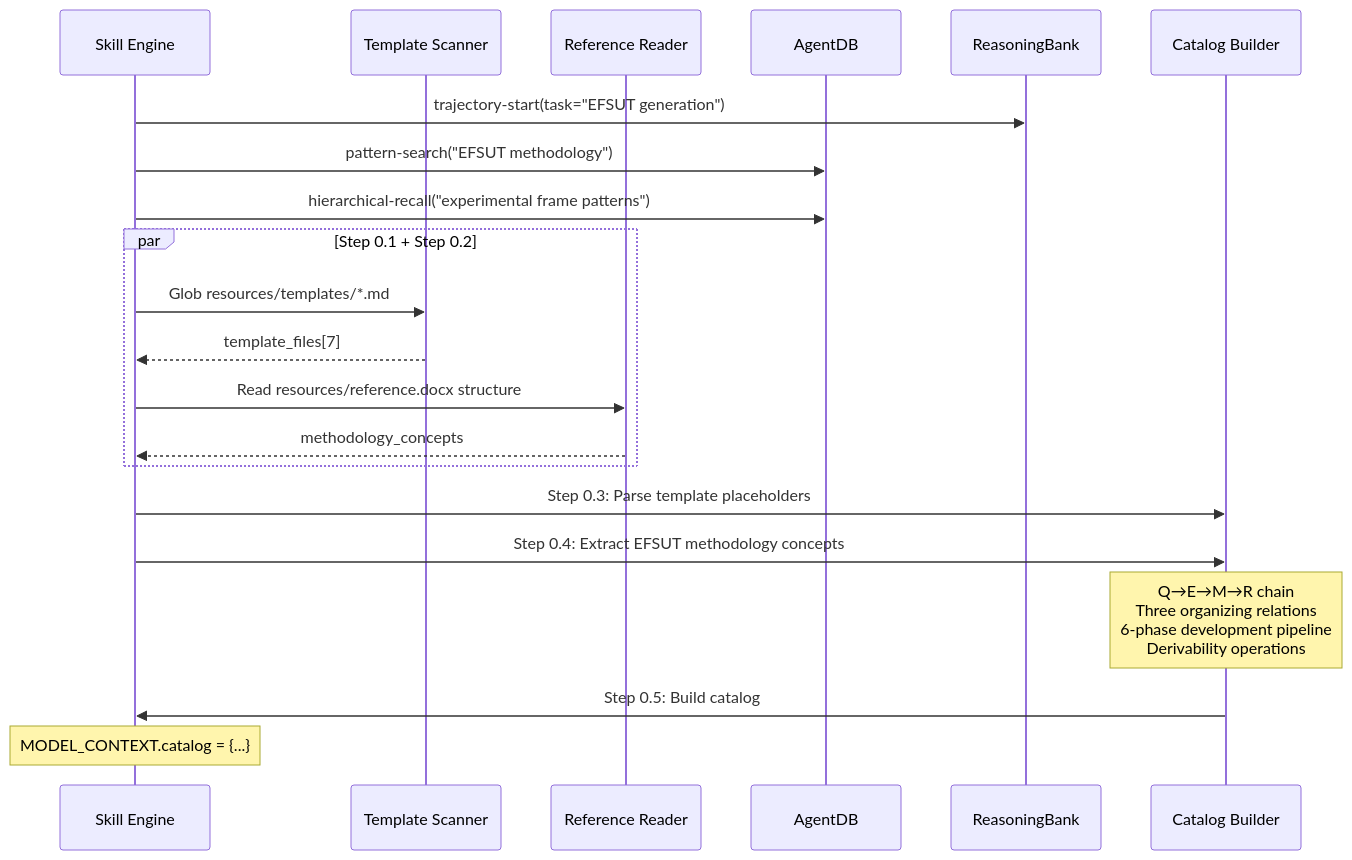
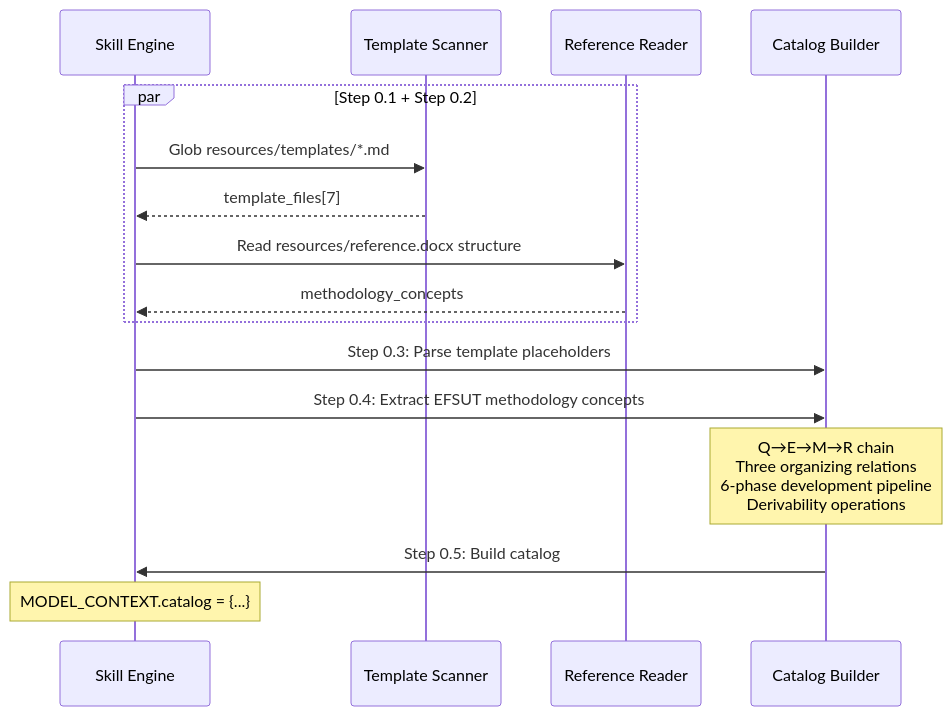
The third of 8 diagrams in skills/generate-ef-sut/SKILL.md (ckoertje-rtsync/devs-skills-claude), drawn with Mermaid before and after one commit. The commit also changed other lines of this file, not shown here.

First line of the commit message:
generate-ef-sut: drop AgentDB and ReasoningBank hooks

````diff
--- a/skills/generate-ef-sut/SKILL.md
+++ b/skills/generate-ef-sut/SKILL.md
@@ -370,27 +368,21 @@
 ```mermaid
 sequenceDiagram
     participant S as Skill Engine
     participant T as Template Scanner
     participant R as Reference Reader
-    participant A as AgentDB
-    participant RB as ReasoningBank
     participant C as Catalog Builder
-
-    S->>RB: trajectory-start(task="EFSUT generation")
-    S->>A: pattern-search("EFSUT methodology")
-    S->>A: hierarchical-recall("experimental frame patterns")
 
     par Step 0.1 + Step 0.2
         S->>T: Glob resources/templates/*.md
         T-->>S: template_files[7]
         S->>R: Read resources/reference.docx structure
         R-->>S: methodology_concepts
     end
 
     S->>C: Step 0.3: Parse template placeholders
     S->>C: Step 0.4: Extract EFSUT methodology concepts
     Note over C: Q→E→M→R chain<br/>Three organizing relations<br/>6-phase development pipeline<br/>Derivability operations
 
     C->>S: Step 0.5: Build catalog
     Note over S: MODEL_CONTEXT.catalog = {...}
 ```
````
